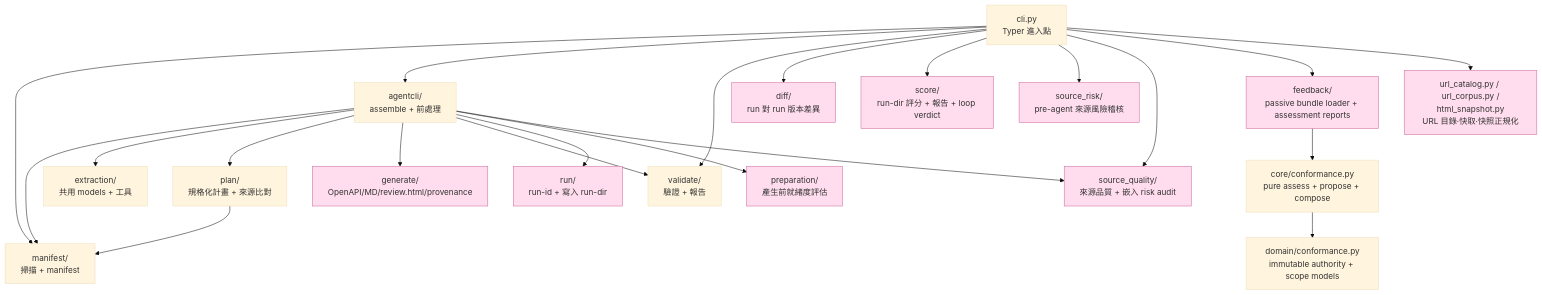
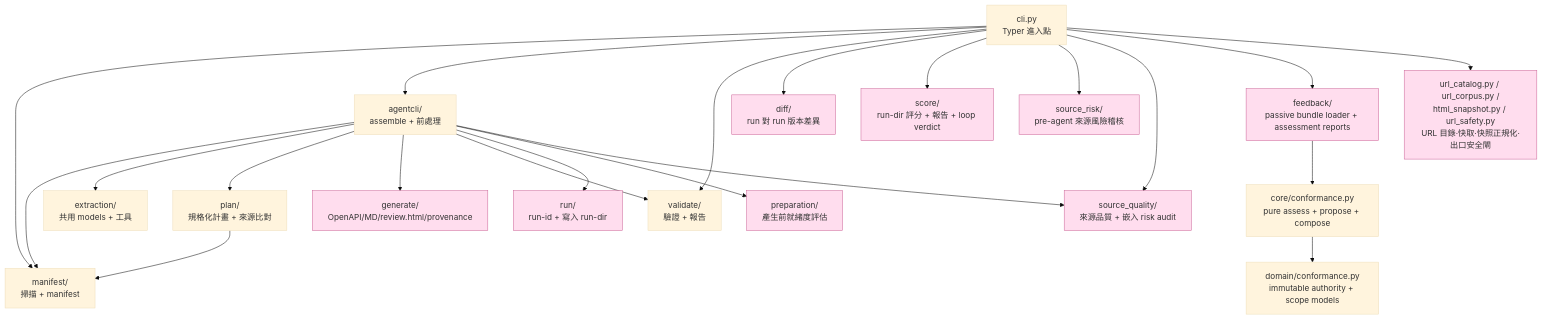
The second of 2 diagrams in docs/ARCHITECTURE.md (CarlLee1983/loop-apidoc), drawn with Mermaid (base theme) before and after one commit. The commit also changed other lines of this file and 14 other files, not shown here.

````diff
--- a/docs/ARCHITECTURE.md
+++ b/docs/ARCHITECTURE.md
@@ -317,30 +317,30 @@
 ```mermaid
 flowchart TD
     cli[cli.py<br/>Typer 進入點]
 
     cli --> manifest[manifest/<br/>掃描 + manifest]
     cli --> agentcli[agentcli/<br/>assemble + 前處理]
     cli --> validate[validate/<br/>驗證 + 報告]
     cli --> diff[diff/<br/>run 對 run 版本差異]
     cli --> score[score/<br/>run-dir 評分 + 報告 + loop verdict]
     cli --> sourcerisk[source_risk/<br/>pre-agent 來源風險稽核]
     cli --> sourcequality[source_quality/<br/>來源品質 + 嵌入 risk audit]
     cli --> feedback[feedback/<br/>passive bundle loader + assessment reports]
-    cli --> urltools[url_catalog.py / url_corpus.py /<br/>html_snapshot.py<br/>URL 目錄·快取·快照正規化]
+    cli --> urltools[url_catalog.py / url_corpus.py /<br/>html_snapshot.py / url_safety.py<br/>URL 目錄·快取·快照正規化·出口安全閘]
 
     agentcli --> manifest
     agentcli --> extraction[extraction/<br/>共用 models + 工具]
     agentcli --> plan[plan/<br/>規格化計畫 + 來源比對]
     agentcli --> generate[generate/<br/>OpenAPI/MD/review.html/provenance]
     agentcli --> validate
     agentcli --> run[run/<br/>run-id + 寫入 run-dir]
     agentcli --> preparation[preparation/<br/>產生前就緒度評估]
     agentcli --> sourcequality
     feedback --> conformance[core/conformance.py<br/>pure assess + propose + compose]
     conformance --> domain[domain/conformance.py<br/>immutable authority + scope models]
 
     plan --> manifest
 
     classDef io fill:#fde,stroke:#c69
     class generate,run,diff,score,preparation,sourcerisk,sourcequality,urltools,feedback io
 ```
````
